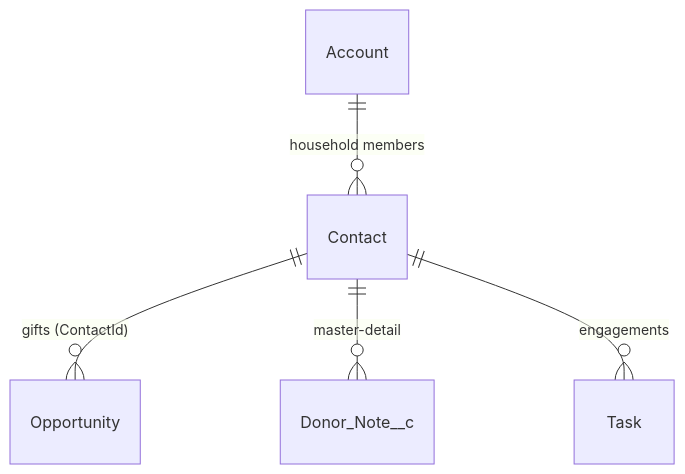
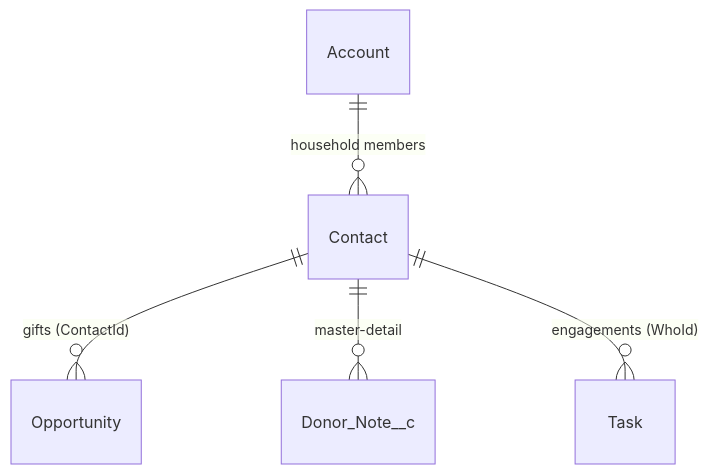
One commit to salvatoreviticchie/fundraiser-briefing-agent changed the third of 3 diagrams in README.md. Above: the diagram before and after it, drawn with Mermaid. The commit also changed other lines of this file and 11 other files, not shown here.

````diff
--- a/README.md
+++ b/README.md
@@ -58,7 +98,7 @@
 ```mermaid
 erDiagram
     Account ||--o{ Contact : "household members"
     Contact ||--o{ Opportunity : "gifts (ContactId)"
     Contact ||--o{ Donor_Note__c : "master-detail"
-    Contact ||--o{ Task : "engagements"
+    Contact ||--o{ Task : "engagements (WhoId)"
 ```
````
